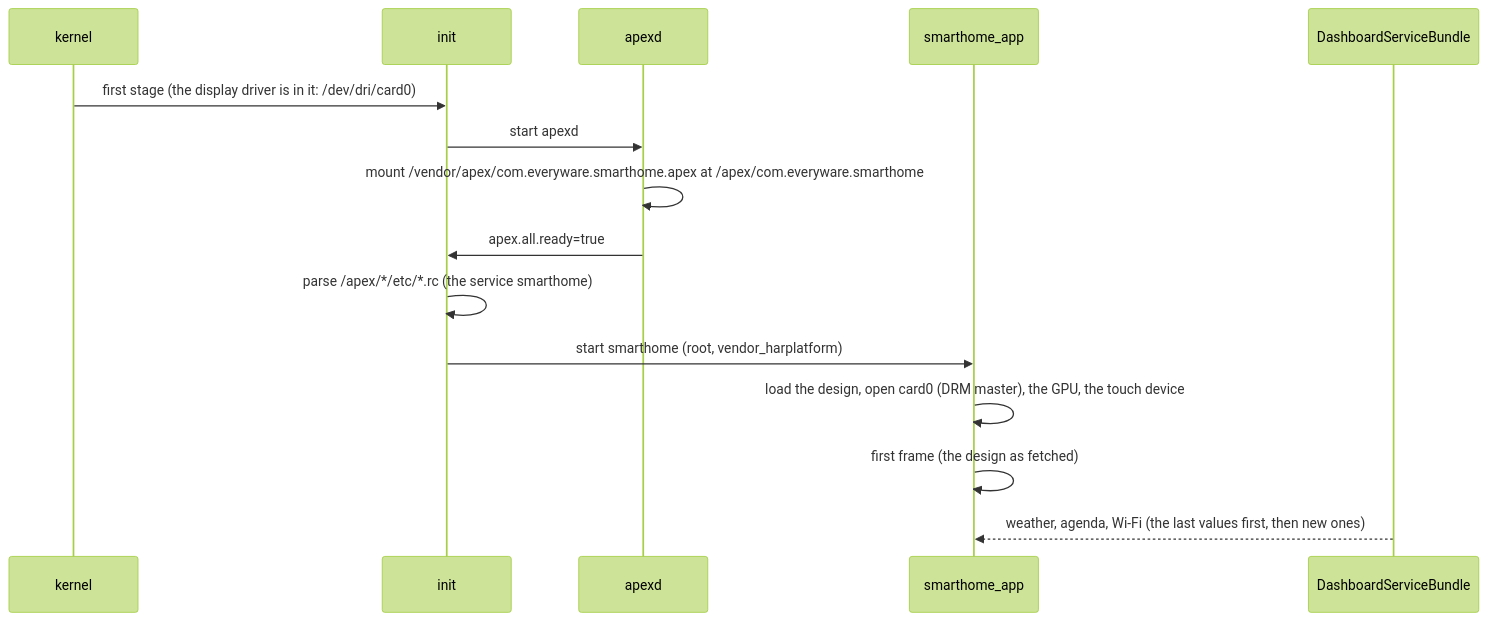
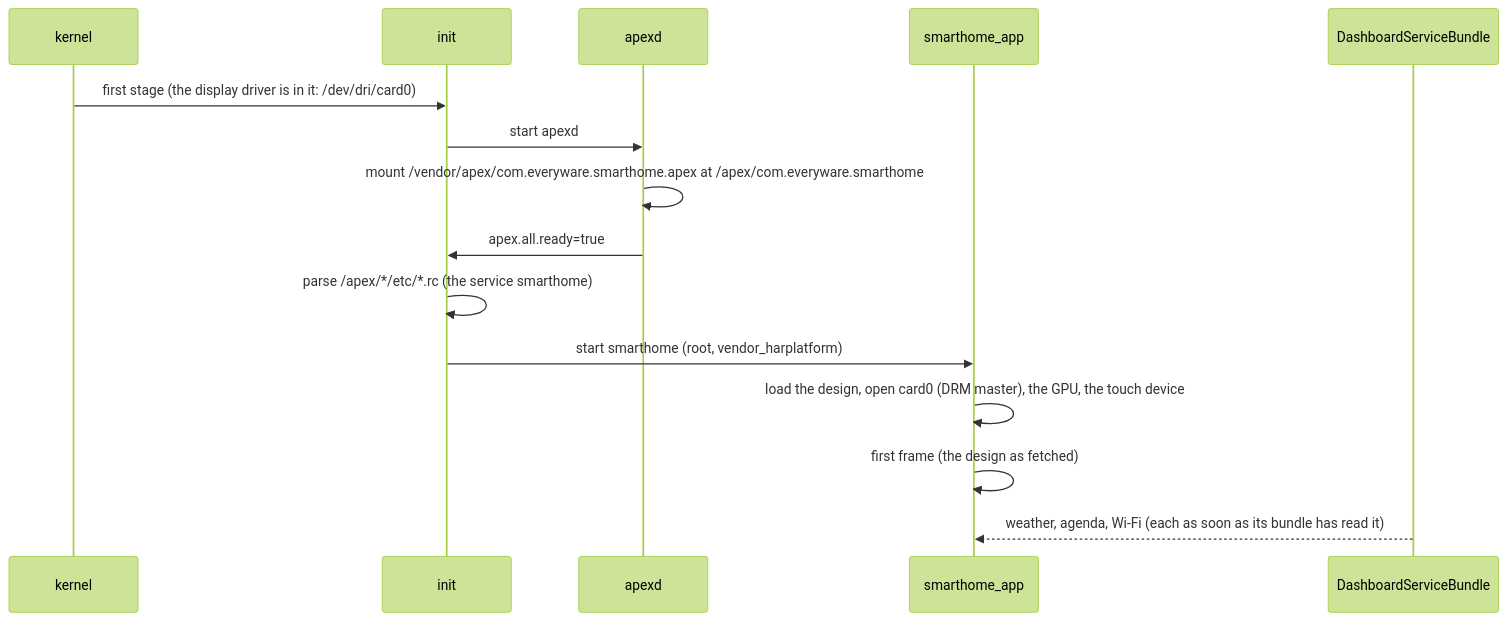
The second of 3 diagrams in docs/concepts/9-starting-the-app.md (sdv-everyware/everyware), drawn with Mermaid (forest theme) before and after one commit. The commit also changed other lines of this file and 17 other files, not shown here.

````diff
--- a/docs/concepts/9-starting-the-app.md
+++ b/docs/concepts/9-starting-the-app.md
@@ -74,17 +74,17 @@
 ```mermaid
 sequenceDiagram
     participant K as kernel
     participant I as init
     participant A as apexd
     participant S as smarthome_app
     participant D as DashboardServiceBundle
     K->>I: first stage (the display driver is in it: /dev/dri/card0)
     I->>A: start apexd
     A->>A: mount /vendor/apex/com.everyware.smarthome.apex at /apex/com.everyware.smarthome
     A->>I: apex.all.ready=true
     I->>I: parse /apex/*/etc/*.rc (the service smarthome)
     I->>S: start smarthome (root, vendor_harplatform)
     S->>S: load the design, open card0 (DRM master), the GPU, the touch device
     S->>S: first frame (the design as fetched)
-    D-->>S: weather, agenda, Wi-Fi (the last values first, then new ones)
+    D-->>S: weather, agenda, Wi-Fi (each as soon as its bundle has read it)
 ```
````
